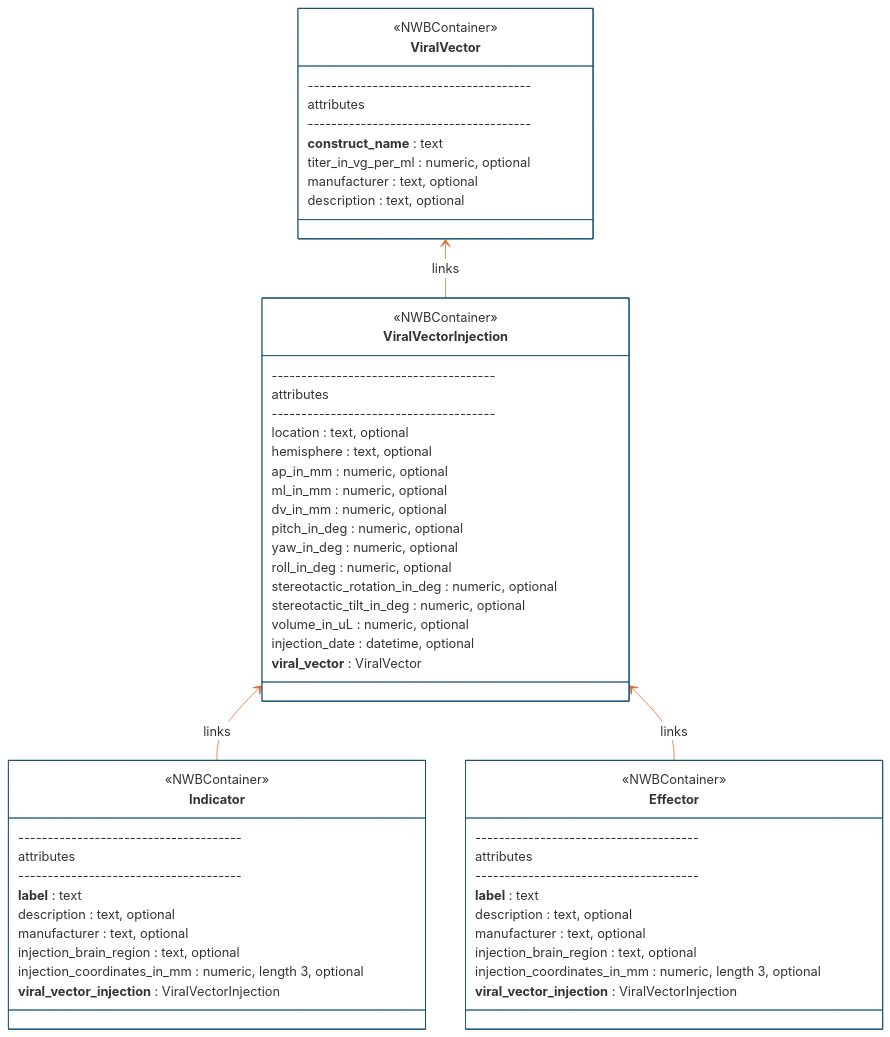
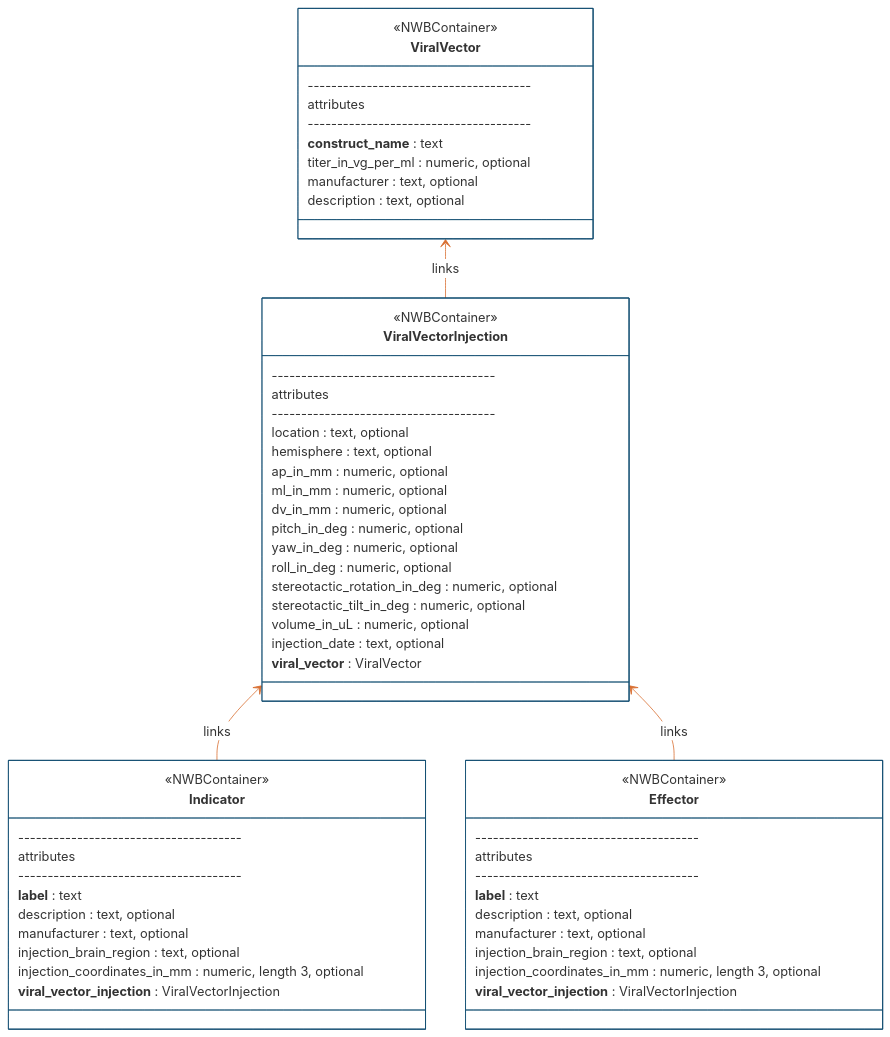
Before and after one commit to catalystneuro/ndx-ophys-devices: the first of 4 diagrams in README.md, drawn with Mermaid. The commit also changed other lines of this file and 3 other files, not shown here.

First line of the commit message:
Changed Injection date to plain text (#18)

````diff
--- a/README.md
+++ b/README.md
@@ -326,61 +326,61 @@
 ```mermaid
 %%{init: {'theme': 'base', 'themeVariables': {'primaryColor': '#ffffff', 'primaryBorderColor': '#144E73', 'lineColor': '#D96F32'}}}%%
 classDiagram
     direction BT
     class ViralVector {
         <<NWBContainer>>
         --------------------------------------
         attributes
         --------------------------------------
         **construct_name** : text
         titer_in_vg_per_ml : numeric, optional
         manufacturer : text, optional
         description : text, optional
     }
     class ViralVectorInjection {
         <<NWBContainer>>
         --------------------------------------
         attributes
         --------------------------------------
         location : text, optional
         hemisphere : text, optional
         ap_in_mm : numeric, optional
         ml_in_mm : numeric, optional
         dv_in_mm : numeric, optional
         pitch_in_deg : numeric, optional
         yaw_in_deg : numeric, optional
         roll_in_deg : numeric, optional
         stereotactic_rotation_in_deg : numeric, optional
         stereotactic_tilt_in_deg : numeric, optional
         volume_in_uL : numeric, optional
-        injection_date : datetime, optional
+        injection_date : text, optional
         **viral_vector** : ViralVector
         }
     class Indicator {
         <<NWBContainer>>
         --------------------------------------
         attributes
         --------------------------------------
         **label** : text
         description : text, optional
         manufacturer : text, optional
         injection_brain_region : text, optional
         injection_coordinates_in_mm : numeric, length 3, optional
         **viral_vector_injection** : ViralVectorInjection
     }
     class Effector {
         <<NWBContainer>>
         --------------------------------------
         attributes
         --------------------------------------
         **label** : text
         description : text, optional
         manufacturer : text, optional
         injection_brain_region : text, optional
         injection_coordinates_in_mm : numeric, length 3, optional
         **viral_vector_injection** : ViralVectorInjection
     }
     Indicator --> ViralVectorInjection : links
     Effector --> ViralVectorInjection : links
     ViralVectorInjection --> ViralVector : links
 ```
````
